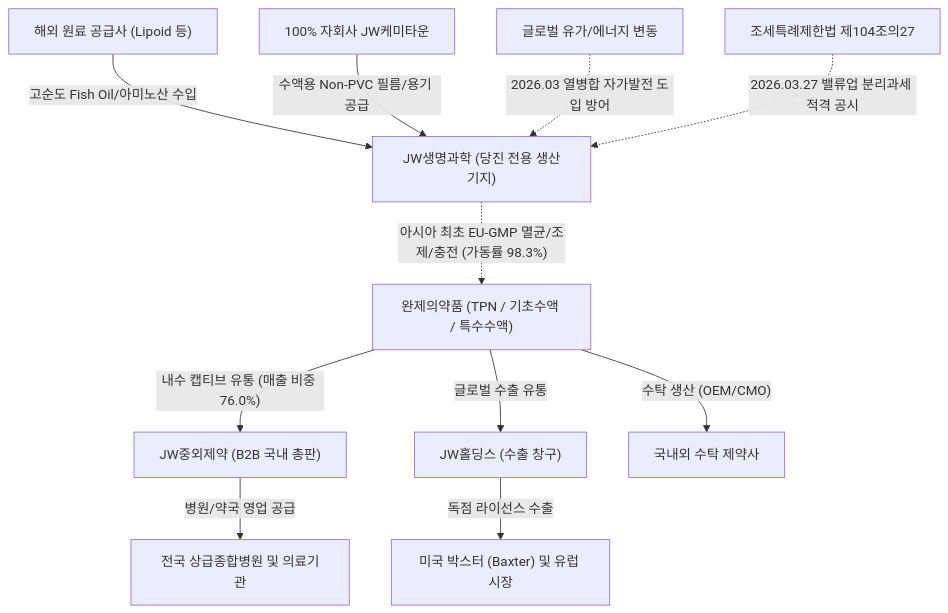
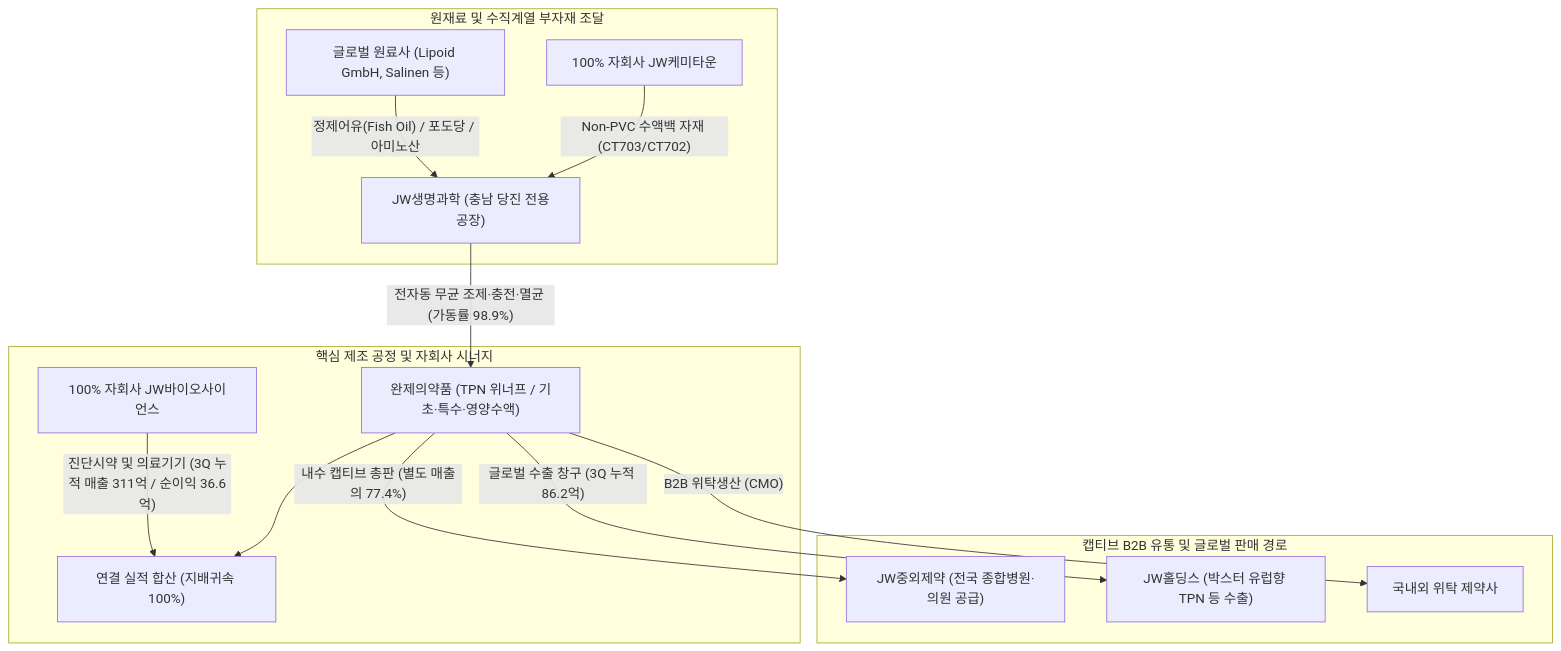
The first of 2 diagrams in Stock_Research/JW생명과학/3_Final_Reports/Phase1_Report.md (eve830521-cmd/my-skill-ver.5), drawn with Mermaid before and after one commit. The commit also changed other lines of this file and 308 other files, not shown here.

````diff
--- a/Stock_Research/JW생명과학/3_Final_Reports/Phase1_Report.md
+++ b/Stock_Research/JW생명과학/3_Final_Reports/Phase1_Report.md
@@ -27,13 +29,17 @@
 ```mermaid
 graph TD
-    A["해외 원료 공급사 (Lipoid 등)"] -->|"고순도 Fish Oil/아미노산 수입"| B["JW생명과학 (당진 전용 생산기지)"]
-    K["100% 자회사 JW케미타운"] -->|"수액용 Non-PVC 필름/용기 공급"| B
-    E1["글로벌 유가/에너지 변동"] -. "2026.03 열병합 자가발전 도입 방어" .-> B
-    GT["조세특례제한법 제104조의27"] -. "2026.03.27 밸류업 분리과세 적격 공시" .-> B
-    B -. "아시아 최초 EU-GMP 멸균/조제/충전 (가동률 98.3%)" .-> C["완제의약품 (TPN / 기초수액 / 특수수액)"]
-    C -->|"내수 캡티브 유통 (매출 비중 76.0%)"| D["JW중외제약 (B2B 국내 총판)"]
-    C -->|"글로벌 수출 유통"| F["JW홀딩스 (수출 창구)"]
-    C -->|"수탁 생산 (OEM/CMO)"| E["국내외 수탁 제약사"]
-    D -->|"병원/약국 영업 공급"| G["전국 상급종합병원 및 의료기관"]
-    F -->|"독점 라이선스 수출"| H["미국 박스터 (Baxter) 및 유럽 시장"]
+    subgraph SG1["원재료 및 수직계열 부자재 조달"]
+        A["글로벌 원료사 (Lipoid GmbH, Salinen 등)"] -->|"정제어유(Fish Oil) / 포도당 / 아미노산"| B["JW생명과학 (충남 당진 전용공장)"]
+        K["100% 자회사 JW케미타운"] -->|"Non-PVC 수액백 자재 (CT703/CT702)"| B
+    end
+    subgraph SG2["핵심 제조 공정 및 자회사 시너지"]
+        B -->|"전자동 무균 조제·충전·멸균 (가동률 98.9%)"| C["완제의약품 (TPN 위너프 / 기초·특수·영양수액)"]
+        M["100% 자회사 JW바이오사이언스"] -->|"진단시약 및 의료기기 (3Q 누적 매출 311억 / 순이익 36.6억)"| C2["연결 실적 합산 (지배귀속 100%)"]
+        C --> C2
+    end
+    subgraph SG3["캡티브 B2B 유통 및 글로벌 판매 경로"]
+        C -->|"내수 캡티브 총판 (별도 매출의 77.4%)"| D["JW중외제약 (전국 종합병원·의원 공급)"]
+        C -->|"글로벌 수출 창구 (3Q 누적 86.2억)"| F["JW홀딩스 (박스터 유럽향 TPN 등 수출)"]
+        C -->|"B2B 위탁생산 (CMO)"| E["국내외 위탁 제약사"]
+    end
 ```
````
